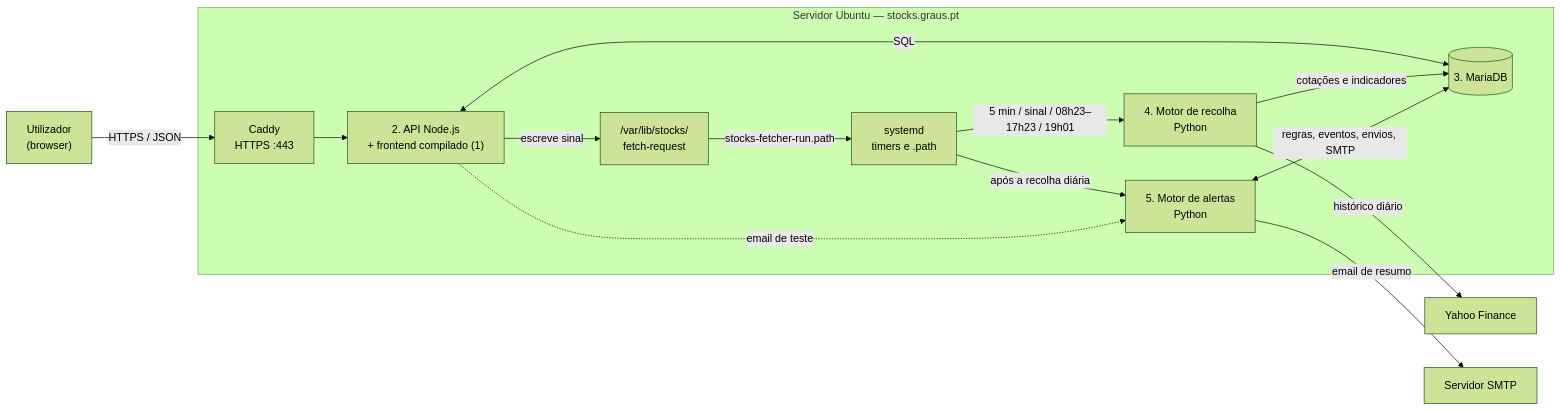
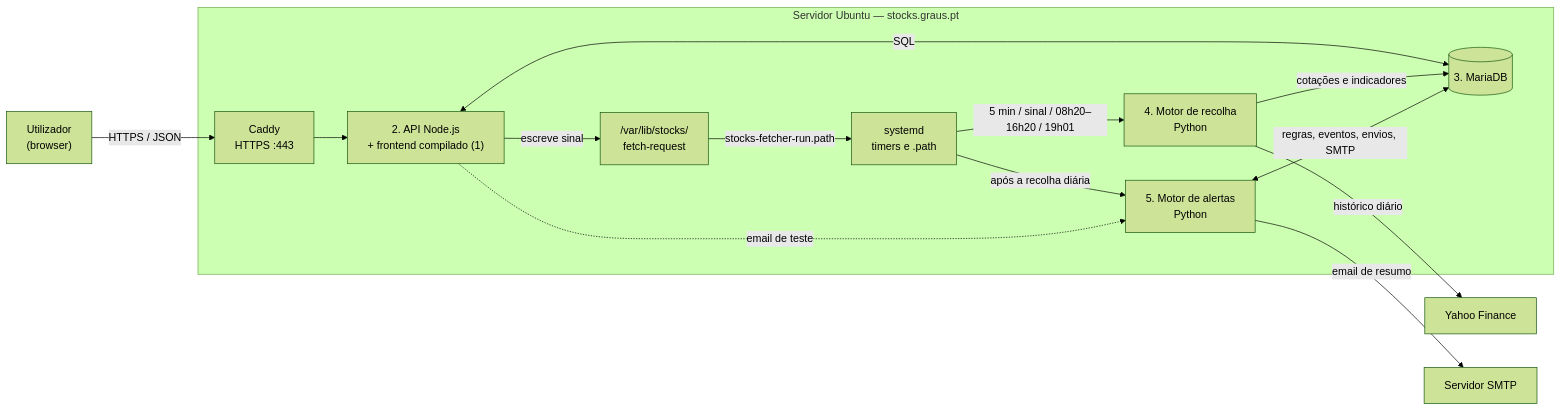
Before and after one commit to msant1972/stocks: the diagram in docs/arquitectura/arquitectura.md, drawn with Mermaid (forest theme). The commit also changed other lines of this file and 19 other files, not shown here.

````diff
--- a/docs/arquitectura/arquitectura.md
+++ b/docs/arquitectura/arquitectura.md
@@ -50,31 +50,31 @@
 ```mermaid
 flowchart LR
     U["Utilizador<br/>(browser)"]
 
     subgraph SERVER["Servidor Ubuntu — stocks.graus.pt"]
         CADDY["Caddy<br/>HTTPS :443"]
         API["2. API Node.js<br/>+ frontend compilado (1)"]
         DB[("3. MariaDB")]
         FETCH["4. Motor de recolha<br/>Python"]
         ALERT["5. Motor de alertas<br/>Python"]
         SYSD["systemd<br/>timers e .path"]
         SIG["/var/lib/stocks/<br/>fetch-request"]
 
         CADDY --> API
         API <-->|SQL| DB
         API -->|escreve sinal| SIG
         SIG -->|stocks-fetcher-run.path| SYSD
-        SYSD -->|5 min / sinal / 08h23–17h23 / 19h01| FETCH
+        SYSD -->|5 min / sinal / 08h20–16h20 / 19h01| FETCH
         SYSD -->|após a recolha diária| ALERT
         FETCH -->|cotações e indicadores| DB
         ALERT <-->|regras, eventos, envios, SMTP| DB
         API -.->|email de teste| ALERT
     end
 
     YAHOO["Yahoo Finance"]
     SMTP["Servidor SMTP"]
 
     U -->|HTTPS / JSON| CADDY
     FETCH -->|histórico diário| YAHOO
     ALERT -->|email de resumo| SMTP
 ```
````
